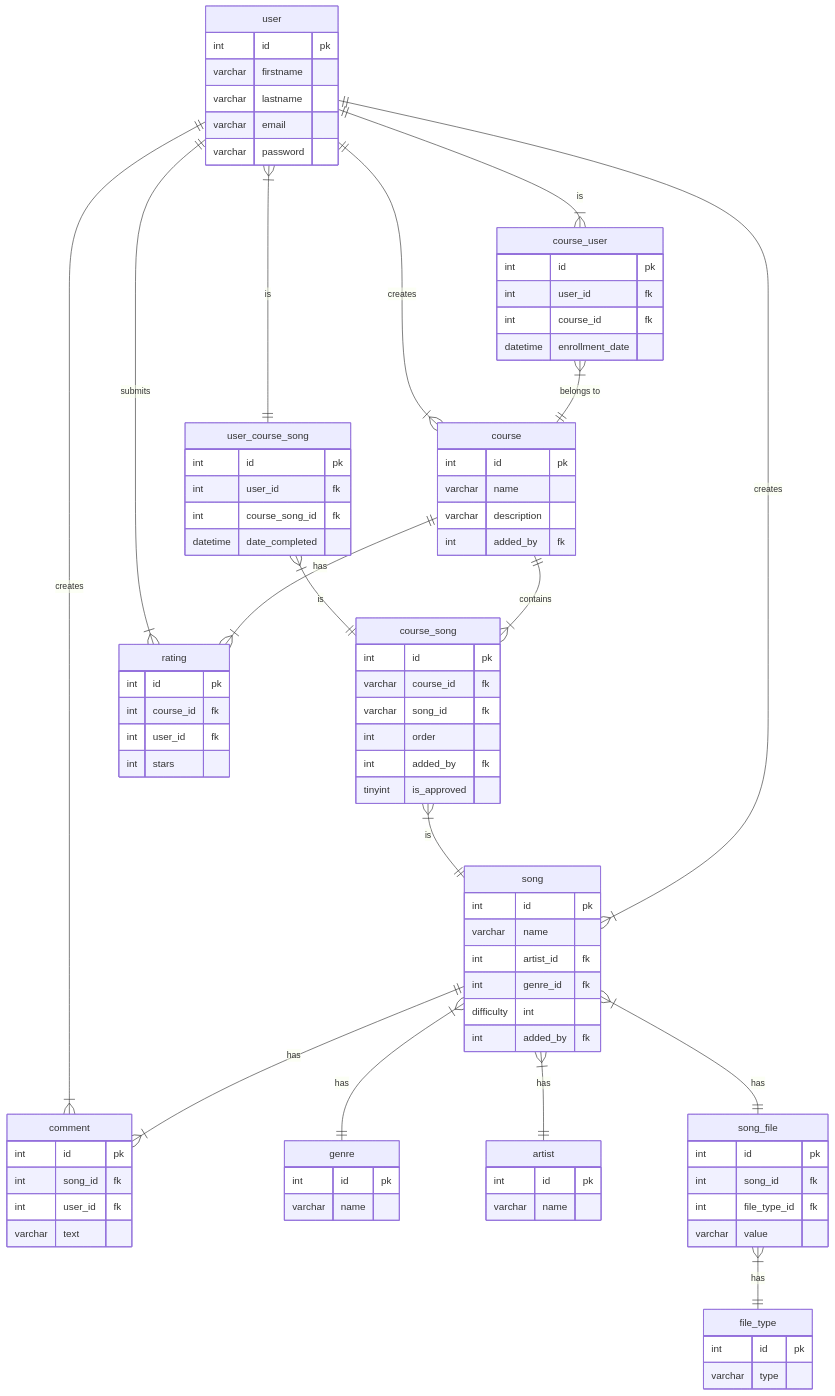
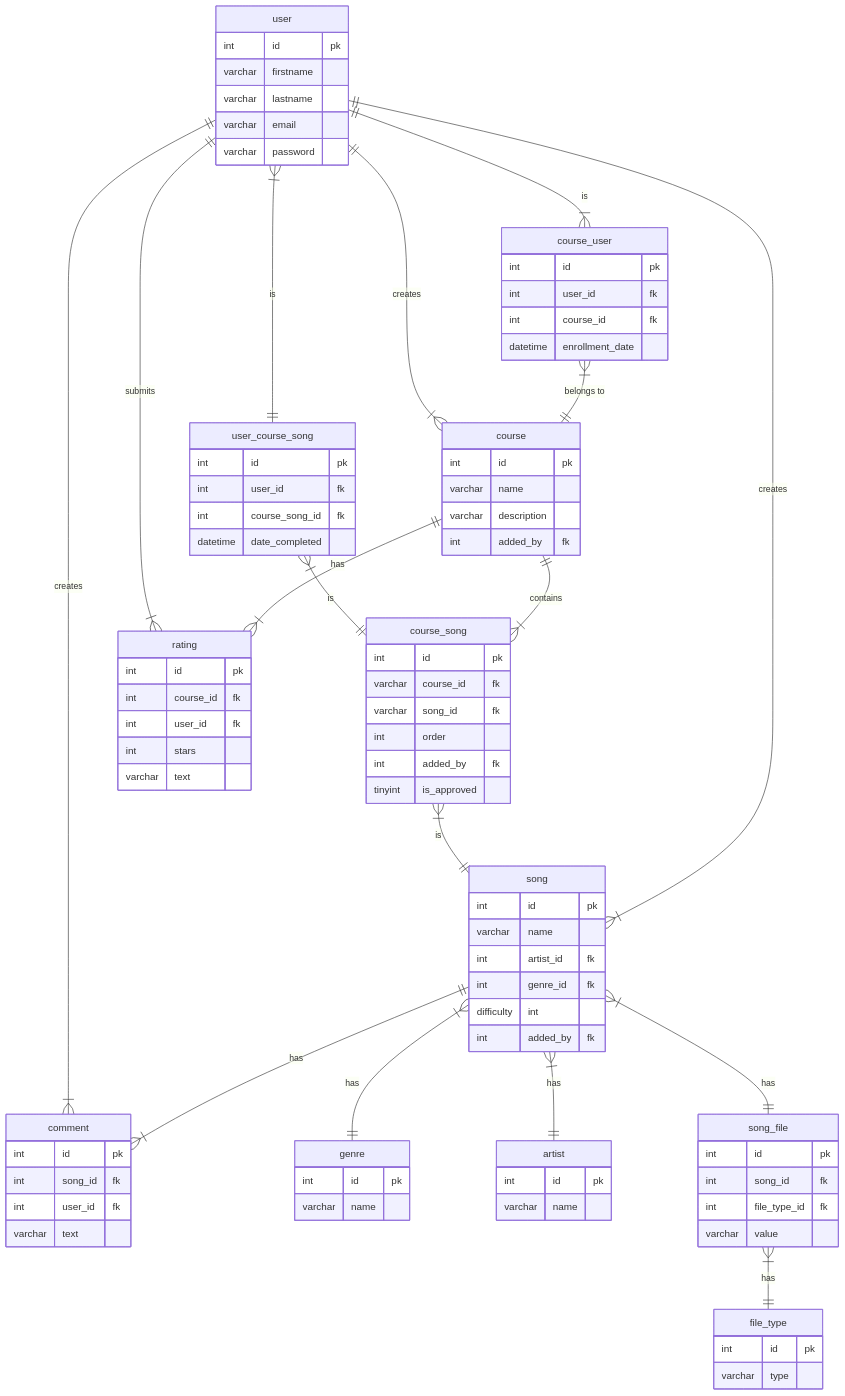
The second of 2 diagrams in README.md (ronaldescobar-u/the-musicians-path), drawn with Mermaid before and after one commit. The commit also changed other lines of this file and 2 other files, not shown here.

````diff
--- a/README.md
+++ b/README.md
@@ -134,6 +134,7 @@
         int course_id fk
         int user_id fk
         int stars
+        varchar text
     }
     user ||--|{ rating : submits
 ```
````
